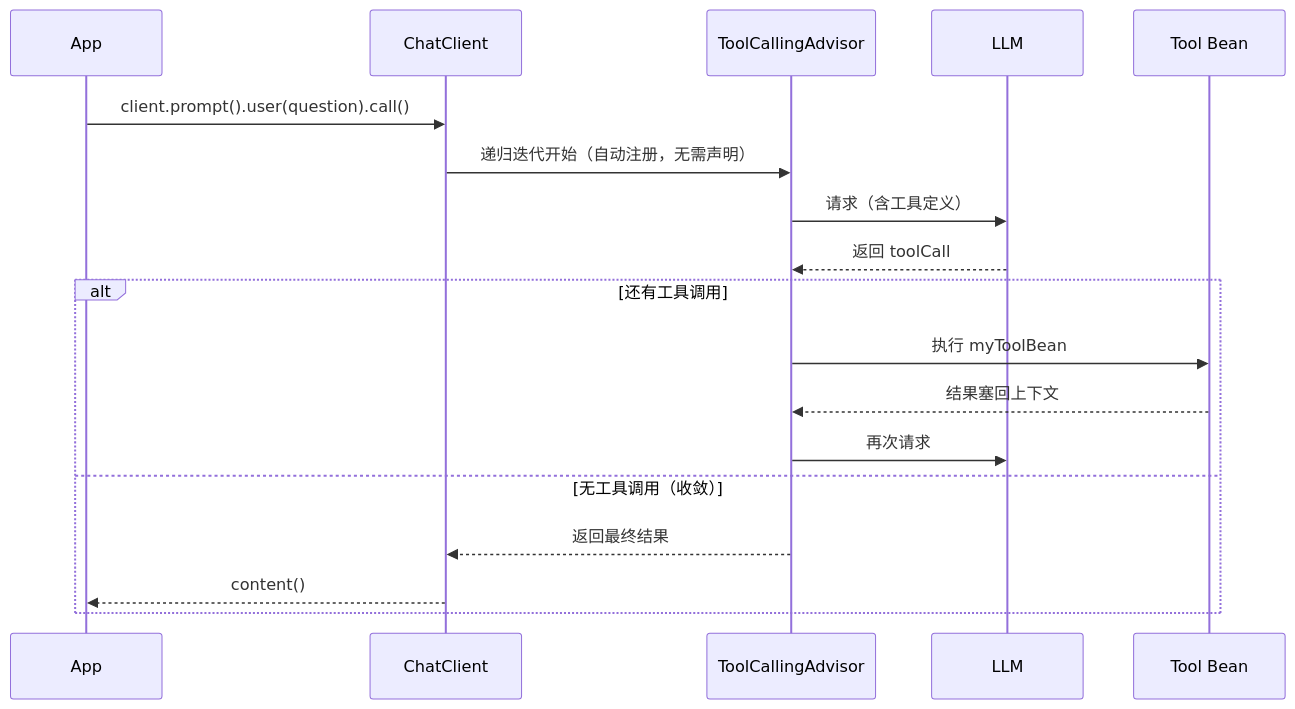
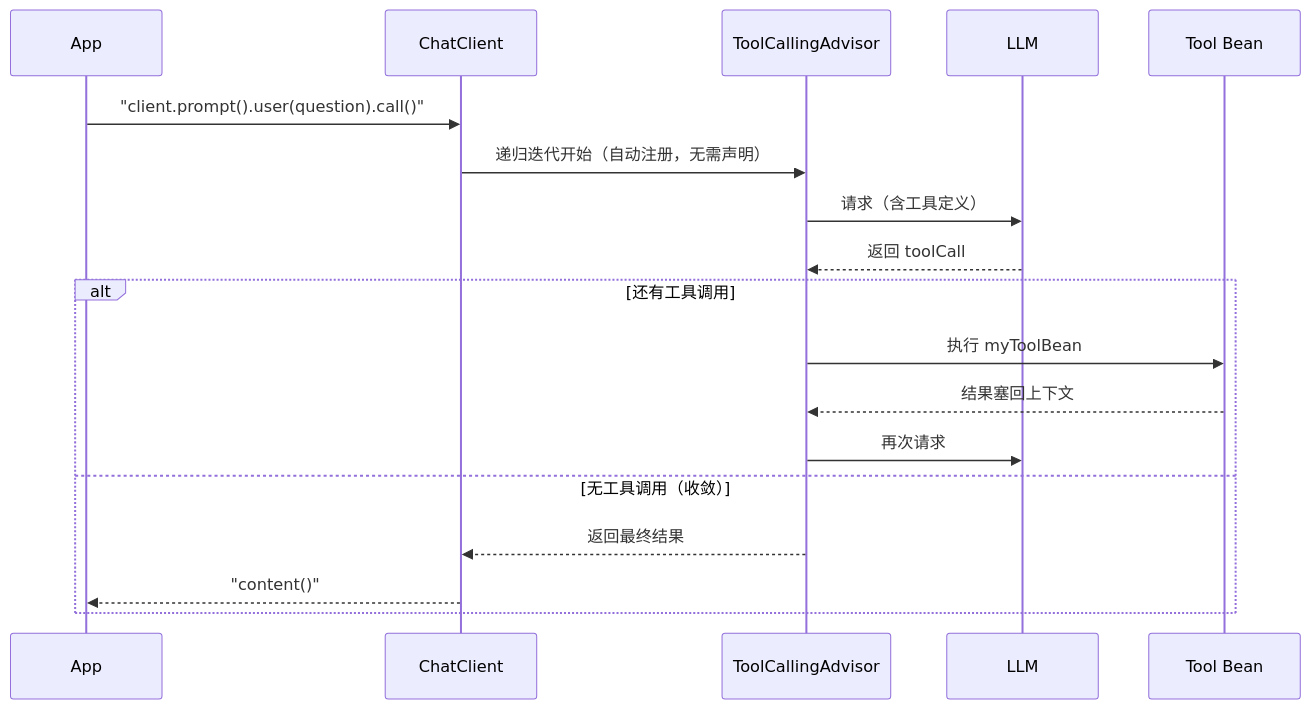
Before and after one commit to UranusGit/java-agent-learn: the second of 2 diagrams in docs/tutorials/spring-ai/08-升级到SpringAI2.0.md, drawn with Mermaid. The commit also changed 137 other files, not shown here.

First line of the commit message:
docs全库mermaid图质量深化：改写残留字符画、补缺图、修坏图

````diff
--- a/docs/tutorials/spring-ai/08-升级到SpringAI2.0.md
+++ b/docs/tutorials/spring-ai/08-升级到SpringAI2.0.md
@@ -167,20 +167,20 @@
 ```mermaid
 sequenceDiagram
     participant App
     participant CC as ChatClient
     participant Adv as ToolCallingAdvisor
     participant LLM
     participant Tool as Tool Bean
-    App->>CC: client.prompt().user(question).call()
+    App->>CC: "client.prompt().user(question).call()"
     CC->>Adv: 递归迭代开始（自动注册，无需声明）
     Adv->>LLM: 请求（含工具定义）
     LLM-->>Adv: 返回 toolCall
     alt 还有工具调用
         Adv->>Tool: 执行 myToolBean
         Tool-->>Adv: 结果塞回上下文
         Adv->>LLM: 再次请求
     else 无工具调用（收敛）
         Adv-->>CC: 返回最终结果
-        CC-->>App: content()
+        CC-->>App: "content()"
     end
 ```
````
